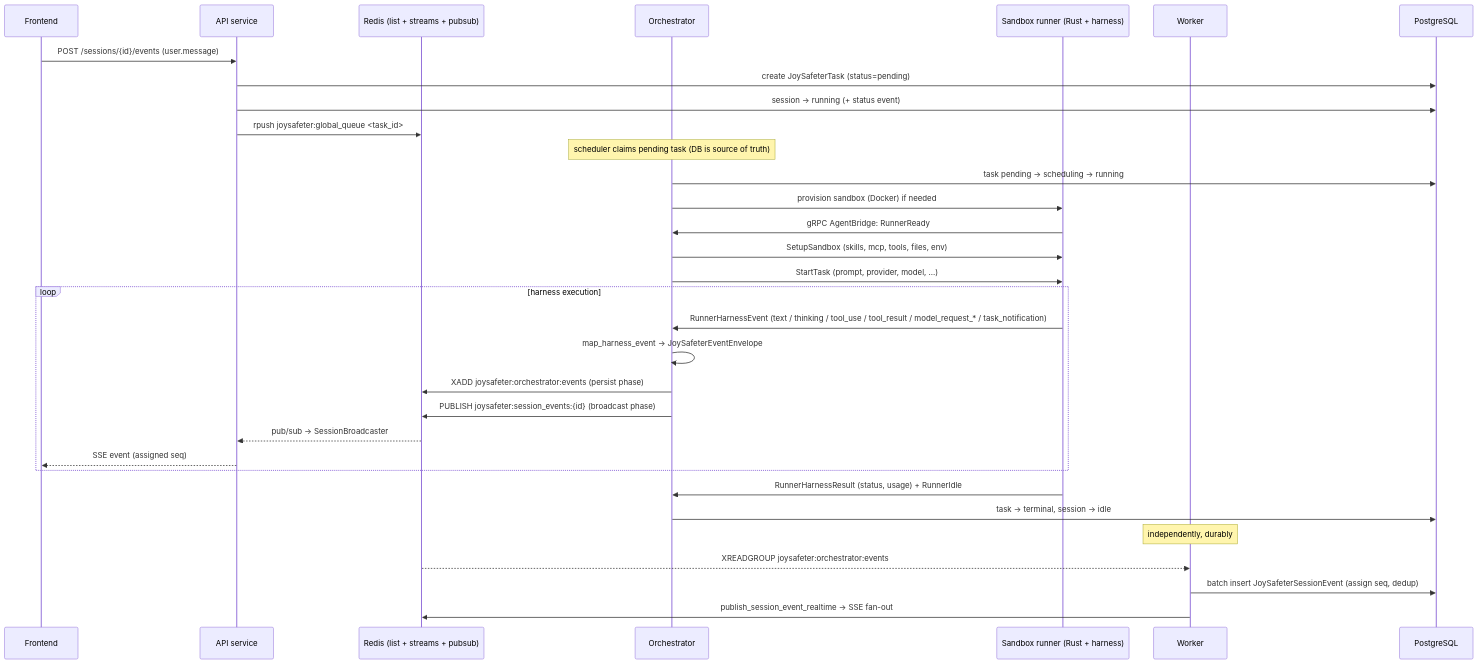
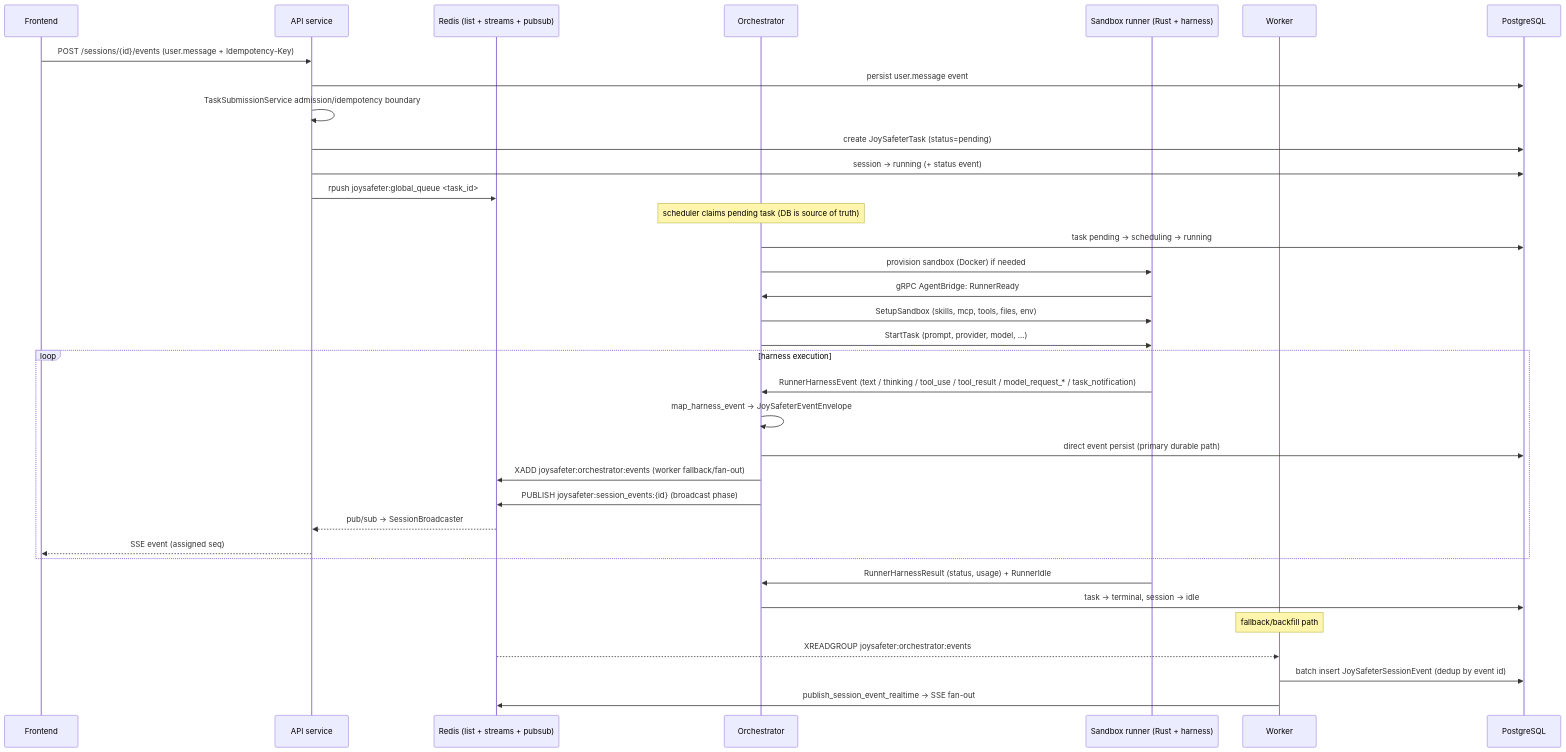
One commit to jd-opensource/JoySafeter changed the second of 2 diagrams in docs/ARCHITECTURE.md. Above: the diagram before and after it, drawn with Mermaid. The commit also changed other lines of this file and 2 other files, not shown here.

First line of the commit message:
docs: document single-owner service boundaries and org/project/member model

````diff
--- a/docs/ARCHITECTURE.md
+++ b/docs/ARCHITECTURE.md
@@ -150,39 +150,42 @@
 ```mermaid
 sequenceDiagram
     participant FE as Frontend
     participant API as API service
     participant Q as Redis (list + streams + pubsub)
     participant ORCH as Orchestrator
     participant RUN as Sandbox runner (Rust + harness)
     participant WK as Worker
     participant PG as PostgreSQL
 
-    FE->>API: POST /sessions/{id}/events (user.message)
+    FE->>API: POST /sessions/{id}/events (user.message + Idempotency-Key)
+    API->>PG: persist user.message event
+    API->>API: TaskSubmissionService admission/idempotency boundary
     API->>PG: create JoySafeterTask (status=pending)
     API->>PG: session → running (+ status event)
     API->>Q: rpush joysafeter:global_queue <task_id>
 
     Note over ORCH: scheduler claims pending task (DB is source of truth)
     ORCH->>PG: task pending → scheduling → running
     ORCH->>RUN: provision sandbox (Docker) if needed
     RUN->>ORCH: gRPC AgentBridge: RunnerReady
     ORCH->>RUN: SetupSandbox (skills, mcp, tools, files, env)
     ORCH->>RUN: StartTask (prompt, provider, model, ...)
 
     loop harness execution
         RUN->>ORCH: RunnerHarnessEvent (text / thinking / tool_use / tool_result / model_request_* / task_notification)
         ORCH->>ORCH: map_harness_event → JoySafeterEventEnvelope
-        ORCH->>Q: XADD joysafeter:orchestrator:events (persist phase)
+        ORCH->>PG: direct event persist (primary durable path)
+        ORCH->>Q: XADD joysafeter:orchestrator:events (worker fallback/fan-out)
         ORCH->>Q: PUBLISH joysafeter:session_events:{id} (broadcast phase)
         Q-->>API: pub/sub → SessionBroadcaster
         API-->>FE: SSE event (assigned seq)
     end
 
     RUN->>ORCH: RunnerHarnessResult (status, usage) + RunnerIdle
     ORCH->>PG: task → terminal, session → idle
 
-    Note over WK: independently, durably
+    Note over WK: fallback/backfill path
     Q-->>WK: XREADGROUP joysafeter:orchestrator:events
-    WK->>PG: batch insert JoySafeterSessionEvent (assign seq, dedup)
+    WK->>PG: batch insert JoySafeterSessionEvent (dedup by event id)
     WK->>Q: publish_session_event_realtime → SSE fan-out
 ```
````
